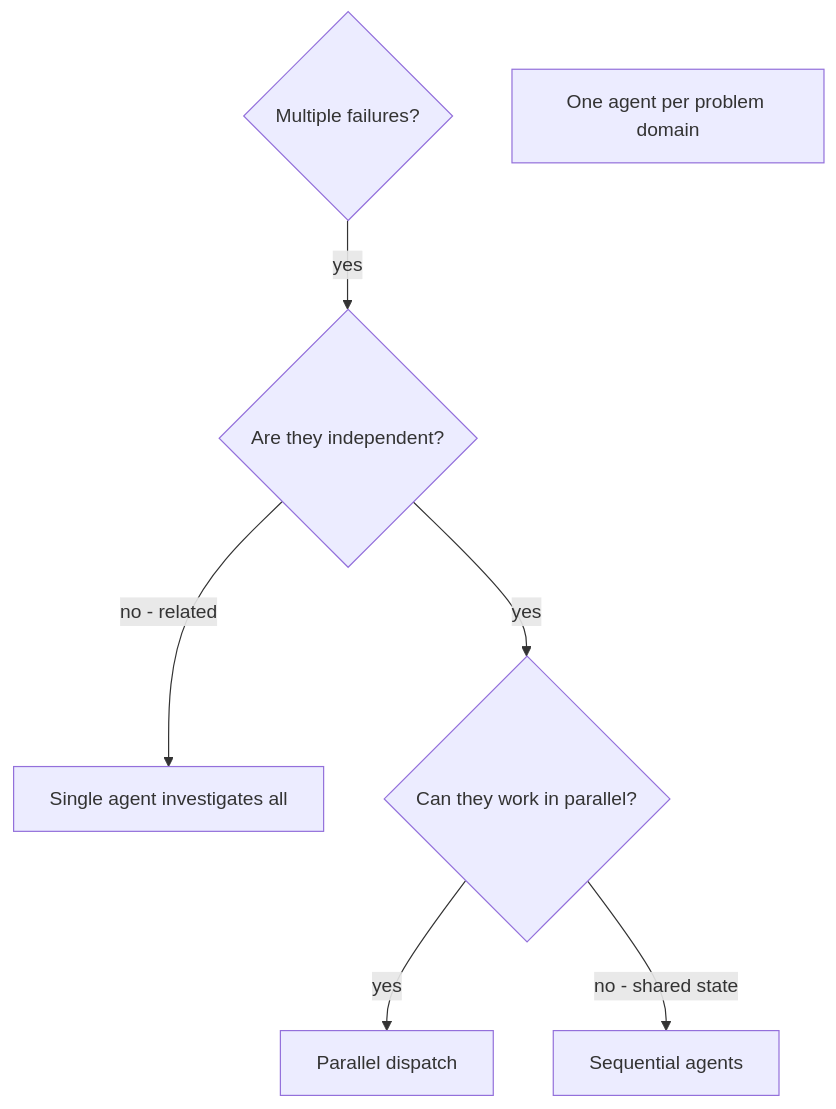
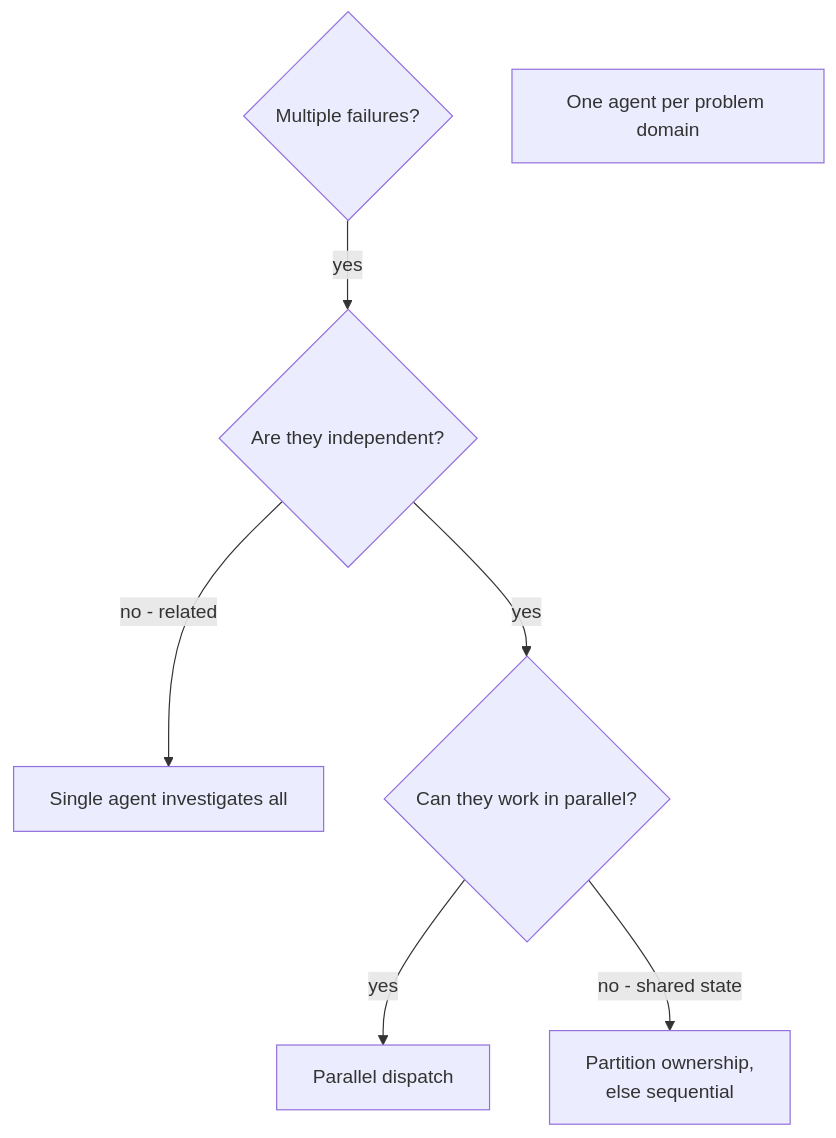
Before and after one commit to audacioustux/agents: the diagram in .agents/skills/dispatching-parallel-agents/SKILL.md, drawn with Mermaid. The commit also changed other lines of this file and 6 other files, not shown here.

````diff
--- a/.agents/skills/dispatching-parallel-agents/SKILL.md
+++ b/.agents/skills/dispatching-parallel-agents/SKILL.md
@@ -23,9 +23,9 @@
 ```mermaid
 flowchart TD
     N1{"Multiple failures?"} -->|"yes"| N2{"Are they independent?"}
     N2 -->|"no - related"| N3["Single agent investigates all"]
     N2 -->|"yes"| N4{"Can they work in parallel?"}
     N4 -->|"yes"| N5["Parallel dispatch"]
-    N4 -->|"no - shared state"| N6["Sequential agents"]
+    N4 -->|"no - shared state"| N6["Partition ownership,<br/>else sequential"]
     N7["One agent per problem domain"]
 ```
````
